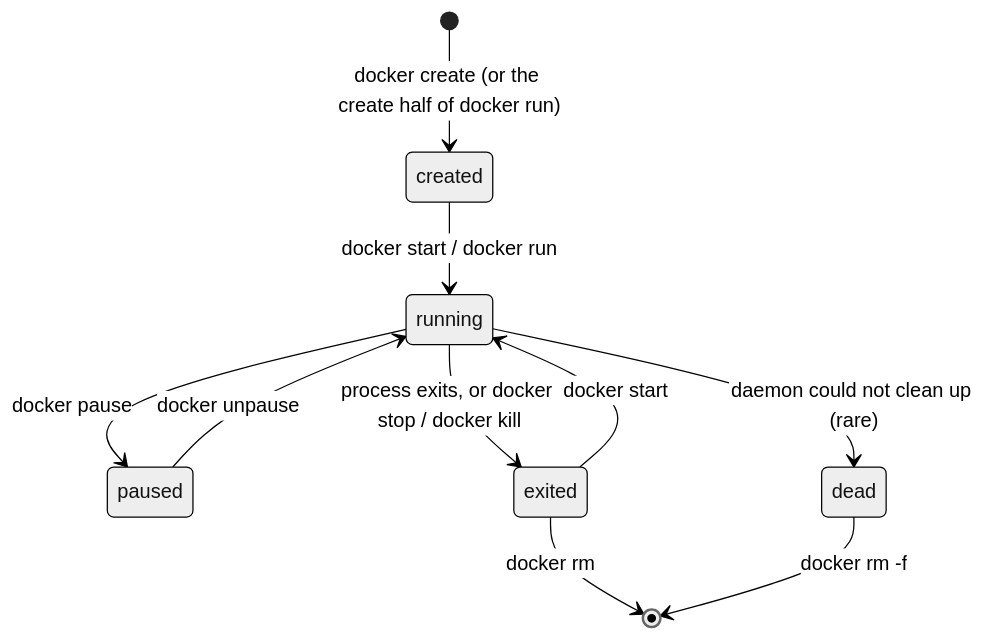
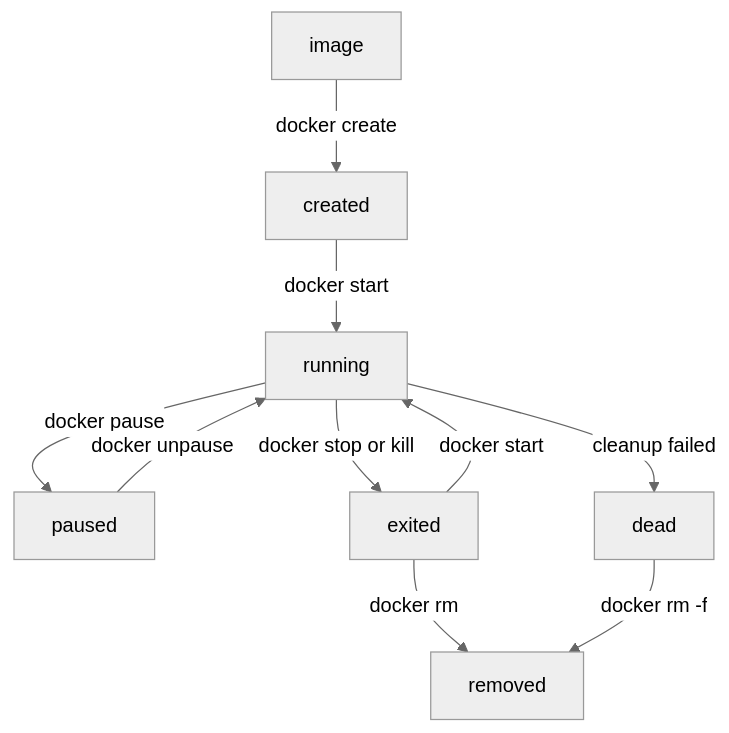
The first of 2 diagrams in sections/section-020/module-02/course-01-the-container-lifecycle-and-stopping.md (astrona-io/ATS002), drawn with Mermaid (neutral theme) before and after one commit. The commit also changed other lines of this file and 615 other files, not shown here.

````diff
--- a/sections/section-020/module-02/course-01-the-container-lifecycle-and-stopping.md
+++ b/sections/section-020/module-02/course-01-the-container-lifecycle-and-stopping.md
@@ -11,12 +15,12 @@
 ```mermaid
-stateDiagram-v2
-    [*] --> created: docker create (or the create half of docker run)
-    created --> running: docker start / docker run
-    running --> paused: docker pause
-    paused --> running: docker unpause
-    running --> exited: process exits, or docker stop / docker kill
-    exited --> running: docker start
-    exited --> [*]: docker rm
-    running --> dead: daemon could not clean up (rare)
-    dead --> [*]: docker rm -f
+flowchart TB
+    N["image"] -->|"docker create"| C["created"]
+    C -->|"docker start"| R["running"]
+    R -->|"docker pause"| P["paused"]
+    P -->|"docker unpause"| R
+    R -->|"docker stop or kill"| X["exited"]
+    X -->|"docker start"| R
+    X -->|"docker rm"| G["removed"]
+    R -->|"cleanup failed"| D["dead"]
+    D -->|"docker rm -f"| G
 ```
````
